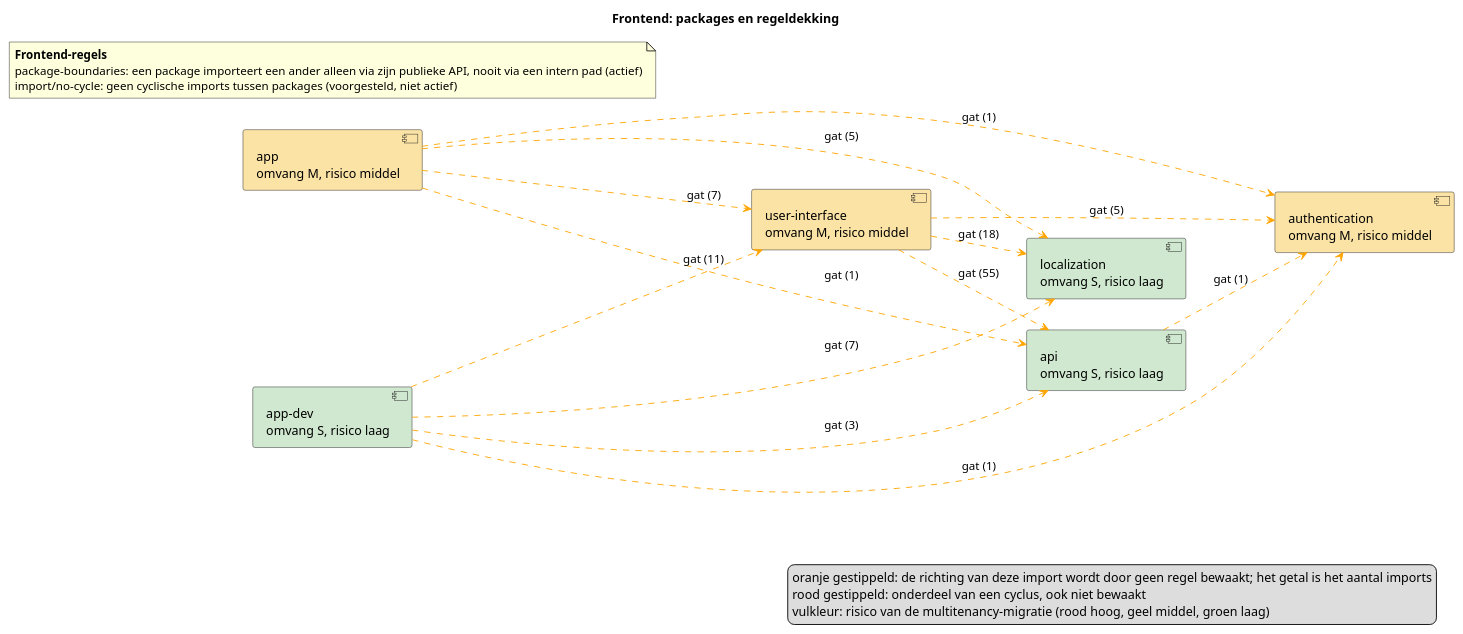
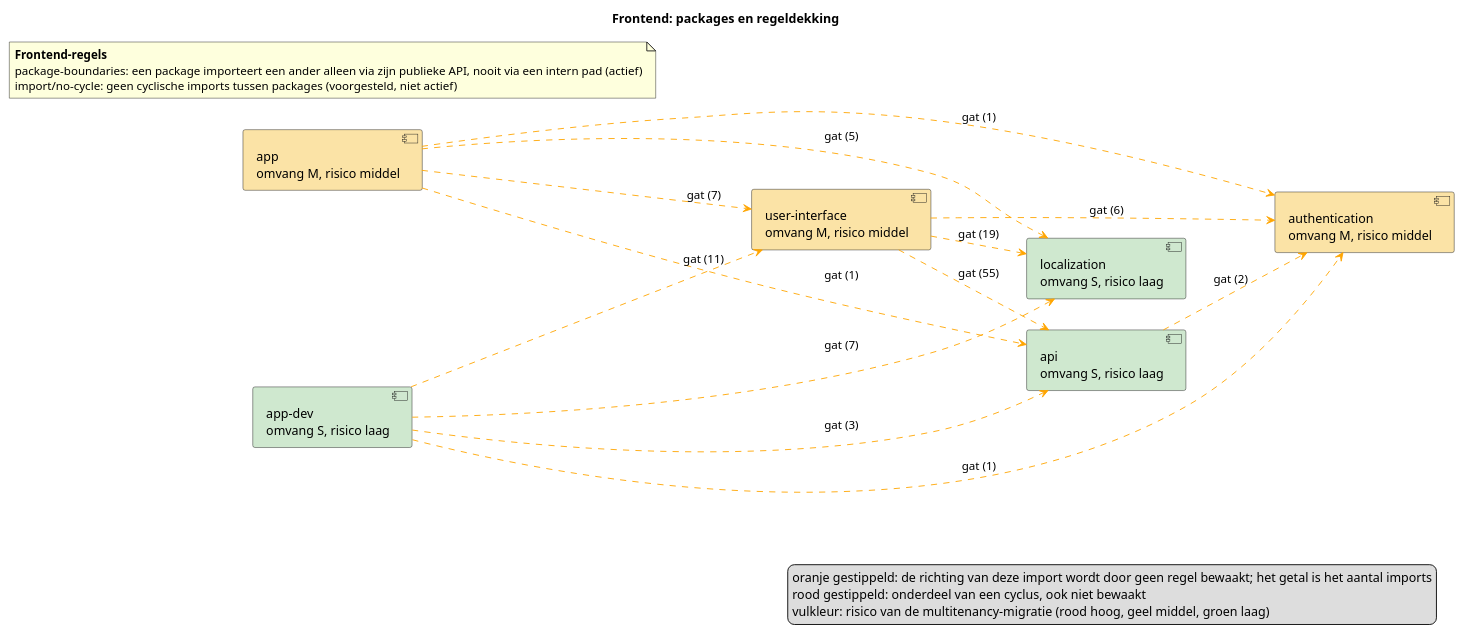
Before and after one commit to pinkroccade/nl-portal: the diagram in site/architectuur/img/plantuml/frontend.puml, drawn with PlantUML. The commit also changed 16 other files, not shown here.

```diff
--- a/site/architectuur/img/plantuml/frontend.puml
+++ b/site/architectuur/img/plantuml/frontend.puml
@@ -1,32 +1,32 @@
 @startuml
 title Frontend: packages en regeldekking
 left to right direction
 [api\nomvang S, risico laag] as api #CFE8CF
 [app\nomvang M, risico middel] as app #FBE3A6
 [app-dev\nomvang S, risico laag] as app_dev #CFE8CF
 [authentication\nomvang M, risico middel] as authentication #FBE3A6
 [localization\nomvang S, risico laag] as localization #CFE8CF
 [user-interface\nomvang M, risico middel] as user_interface #FBE3A6
 note as frontend_rules
   **Frontend-regels**
   package-boundaries: een package importeert een ander alleen via zijn publieke API, nooit via een intern pad (actief)
   import/no-cycle: geen cyclische imports tussen packages (voorgesteld, niet actief)
 end note
-api ..> authentication #orange : gat (1)
+api ..> authentication #orange : gat (2)
 app ..> api #orange : gat (1)
 app ..> authentication #orange : gat (1)
 app ..> localization #orange : gat (5)
 app ..> user_interface #orange : gat (7)
 app_dev ..> api #orange : gat (3)
 app_dev ..> authentication #orange : gat (1)
 app_dev ..> localization #orange : gat (7)
 app_dev ..> user_interface #orange : gat (11)
 user_interface ..> api #orange : gat (55)
-user_interface ..> authentication #orange : gat (5)
-user_interface ..> localization #orange : gat (18)
+user_interface ..> authentication #orange : gat (6)
+user_interface ..> localization #orange : gat (19)
 legend right
   oranje gestippeld: de richting van deze import wordt door geen regel bewaakt; het getal is het aantal imports
   rood gestippeld: onderdeel van een cyclus, ook niet bewaakt
   vulkleur: risico van de multitenancy-migratie (rood hoog, geel middel, groen laag)
 endlegend
 @enduml
```
